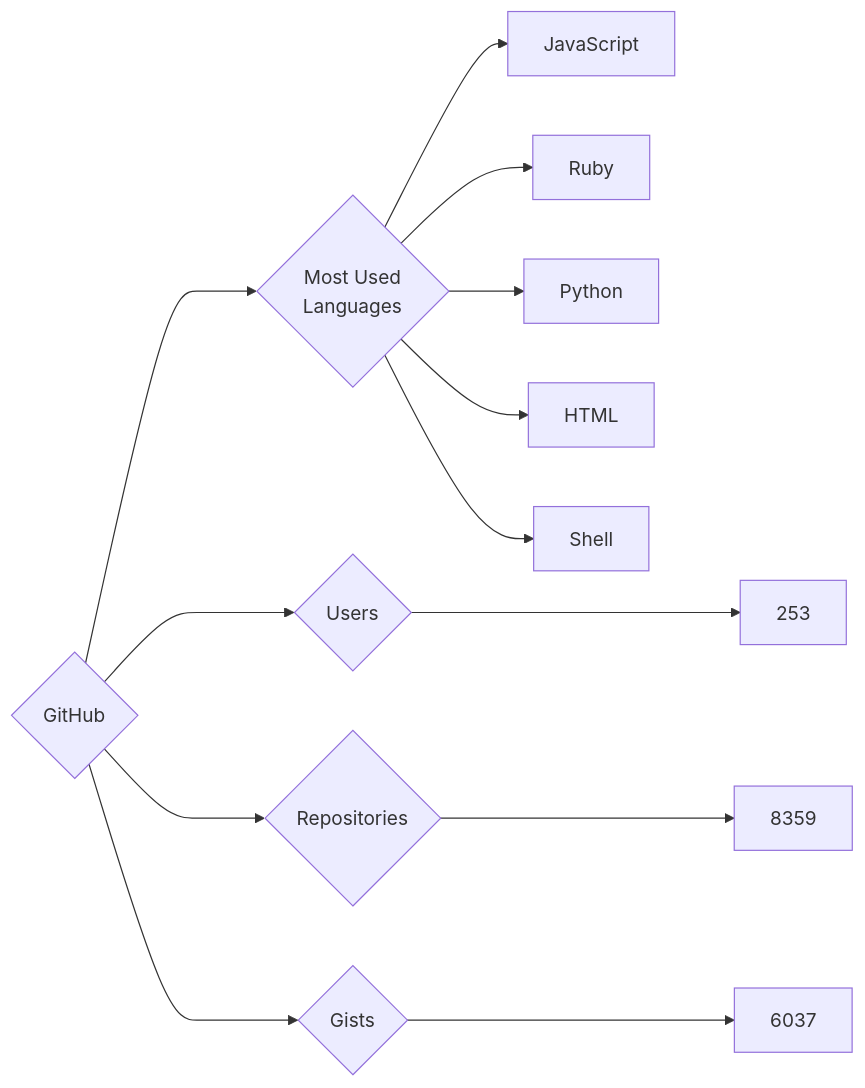
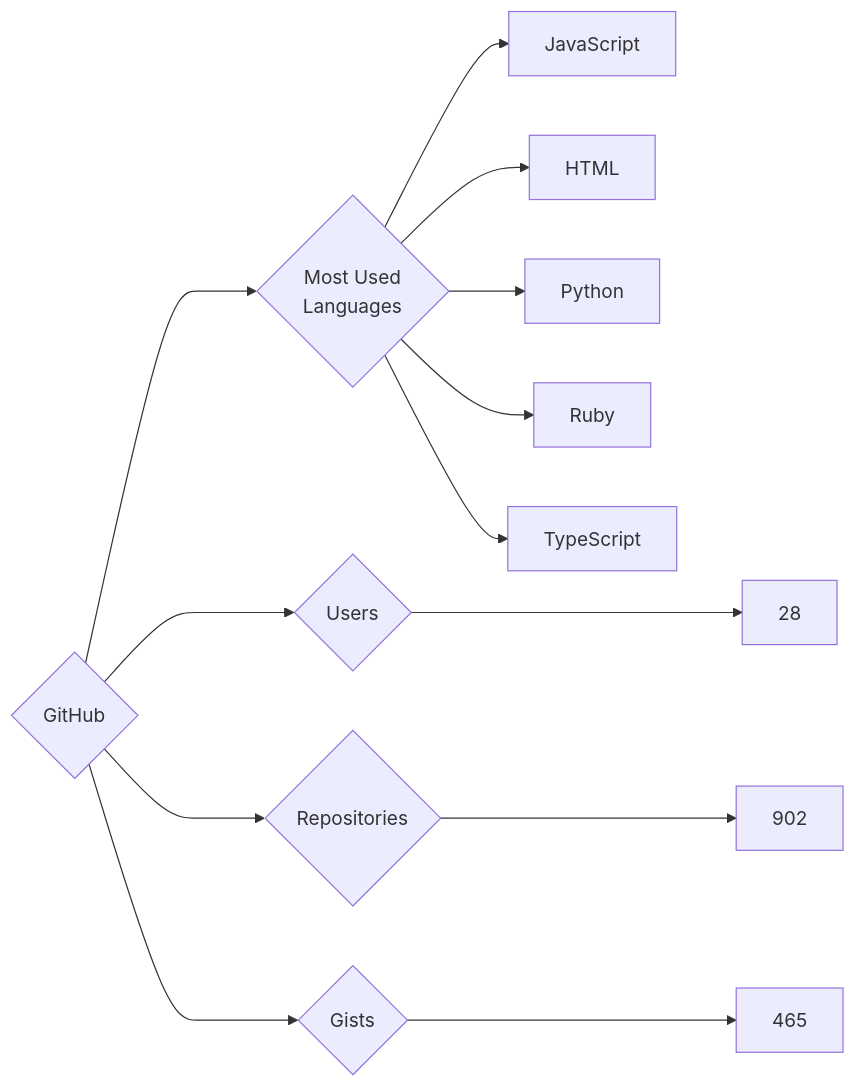
The diagram in targets/GitHub/README.md (trickest/insiders), drawn with Mermaid before and after one commit. The commit also changed 838 other files, not shown here.

````diff
--- a/targets/GitHub/README.md
+++ b/targets/GitHub/README.md
@@ -3,13 +3,13 @@
 ```mermaid
 graph LR
 COMPANY_NAME{GitHub}
-COMPANY_NAME ---> U{Users} ---> UN[253]
-COMPANY_NAME ---> R{Repositories} ---> RN[8359]
-COMPANY_NAME ---> G{Gists} ---> GN[6037]
+COMPANY_NAME ---> U{Users} ---> UN[28]
+COMPANY_NAME ---> R{Repositories} ---> RN[902]
+COMPANY_NAME ---> G{Gists} ---> GN[465]
 COMPANY_NAME ---> ML{Most Used<br>Languages}
 ML --> JavaScript[JavaScript]
+ML --> HTML[HTML]
+ML --> Python[Python]
 ML --> Ruby[Ruby]
-ML --> Python[Python]
-ML --> HTML[HTML]
-ML --> Shell[Shell]
+ML --> TypeScript[TypeScript]
 ```
````
